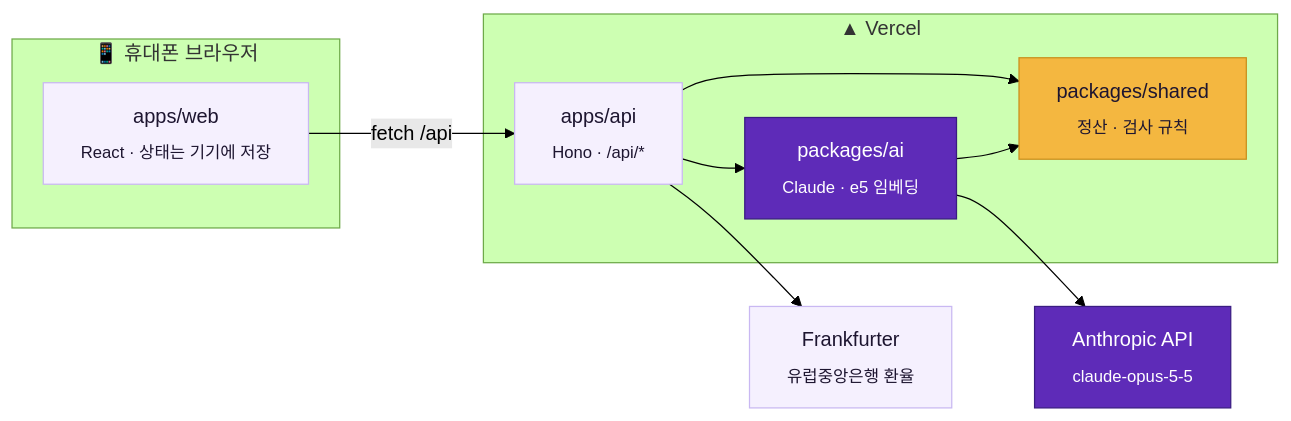
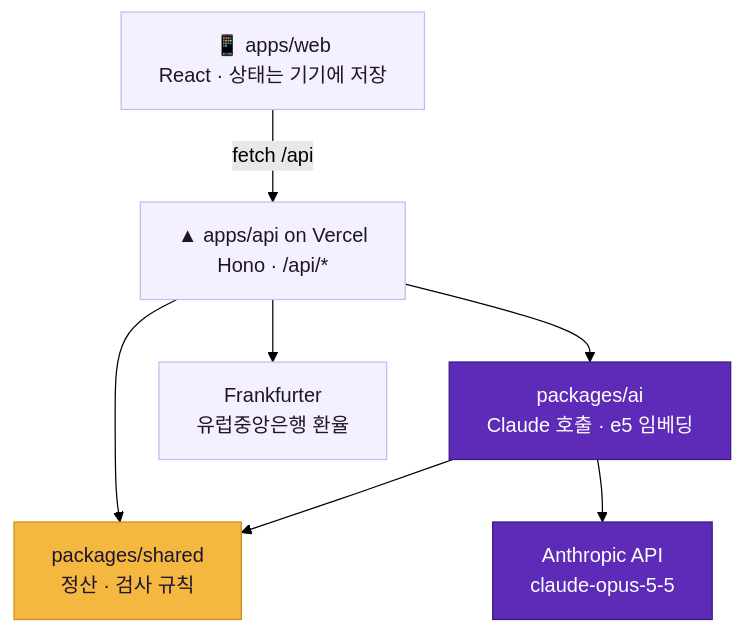
One commit to Hanatour-AI-290/hanatour-290-app changed the third of 3 diagrams in README.md. Above: the diagram before and after it, drawn with Mermaid (forest theme). The commit also changed other lines of this file, not shown here.

````diff
--- a/README.md
+++ b/README.md
@@ -231,27 +220,16 @@
 ```mermaid
-flowchart LR
-    subgraph Phone["📱 휴대폰 브라우저"]
-        WEB["apps/web<br/><sub>React · 상태는 기기에 저장</sub>"]
-    end
-    subgraph Vercel["▲ Vercel"]
-        API["apps/api<br/><sub>Hono · /api/*</sub>"]
-        AI["packages/ai<br/><sub>Claude · e5 임베딩</sub>"]
-        SH["packages/shared<br/><sub>정산 · 검사 규칙</sub>"]
-    end
-    CL["Anthropic API<br/><sub>claude-opus-5-5</sub>"]
-    FX["Frankfurter<br/><sub>유럽중앙은행 환율</sub>"]
-
-    WEB -- "fetch /api" --> API
-    API --> AI
-    API --> SH
+flowchart TB
+    WEB["📱 apps/web<br/>React · 상태는 기기에 저장"] -- "fetch /api" --> API["▲ apps/api on Vercel<br/>Hono · /api/*"]
+    API --> AI["packages/ai<br/>Claude 호출 · e5 임베딩"]
+    API --> SH["packages/shared<br/>정산 · 검사 규칙"]
     AI --> SH
-    AI --> CL
-    API --> FX
+    AI --> CL["Anthropic API<br/>claude-opus-5-5"]
+    API --> FX["Frankfurter<br/>유럽중앙은행 환율"]
 
     classDef ai fill:#5e2bb8,stroke:#3a1c82,color:#fff
     classDef rule fill:#f4b740,stroke:#c98f1c,color:#1d1530
     classDef io fill:#f5f0fe,stroke:#c9b8f2,color:#1d1530
     class AI,CL ai
     class SH rule
     class WEB,API,FX io
 ```
````
